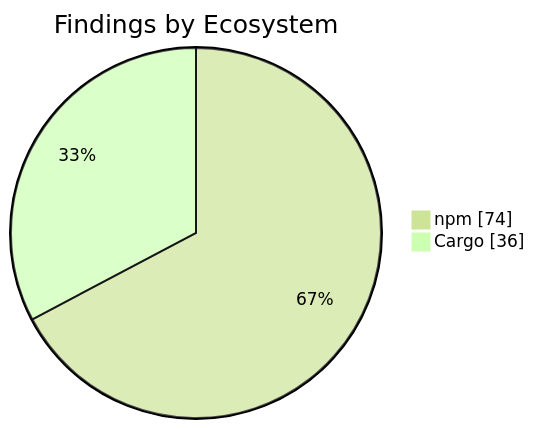
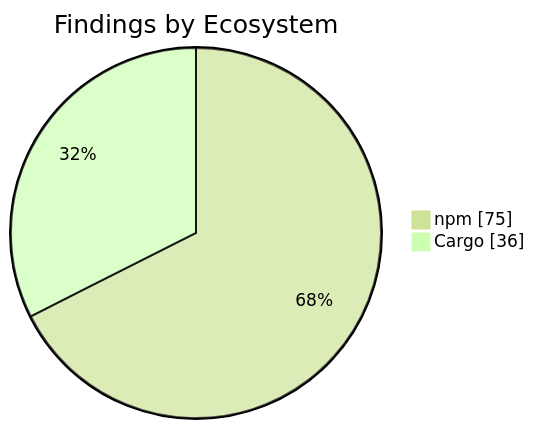
The second of 2 diagrams in apps/kbve/astro-kbve/src/content/docs/dashboard/security.mdx (KBVE/kbve), drawn with Mermaid (forest theme) before and after one commit. The commit also changed other lines of this file and 8 other files, not shown here.

````diff
--- a/apps/kbve/astro-kbve/src/content/docs/dashboard/security.mdx
+++ b/apps/kbve/astro-kbve/src/content/docs/dashboard/security.mdx
@@ -73,6 +73,6 @@
 ```mermaid
 pie showData
     title Findings by Ecosystem
-    "npm" : 74
+    "npm" : 75
     "Cargo" : 36
 ```
````
